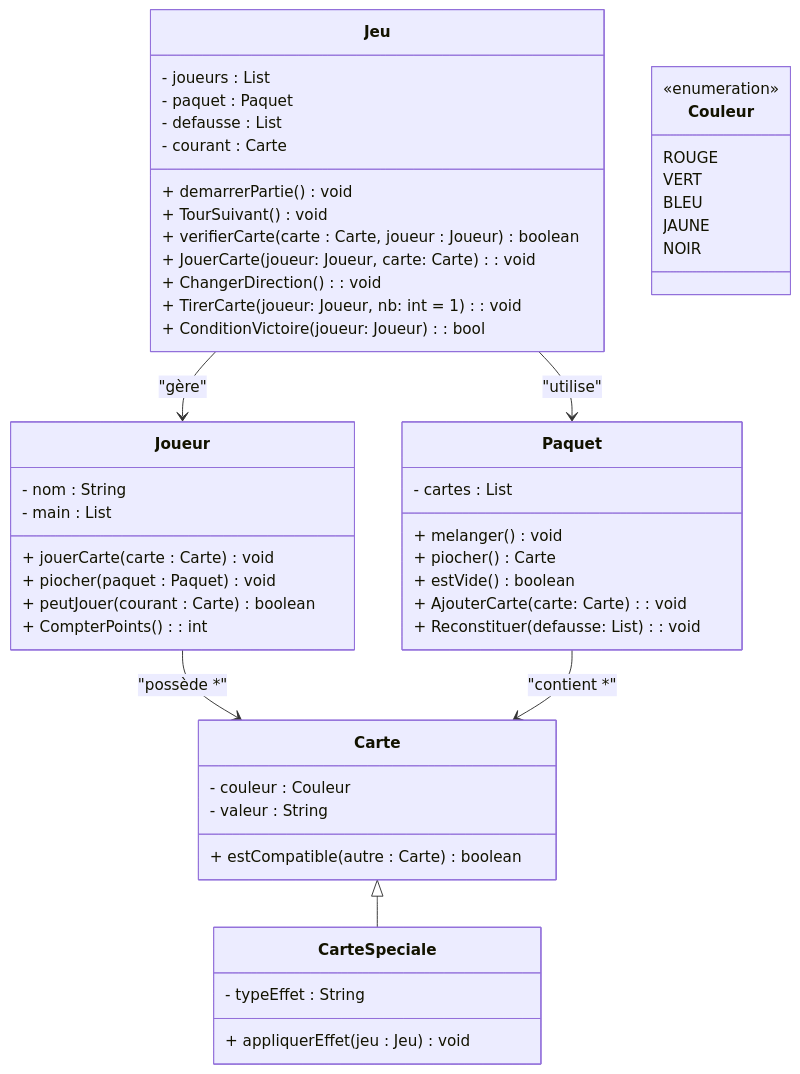
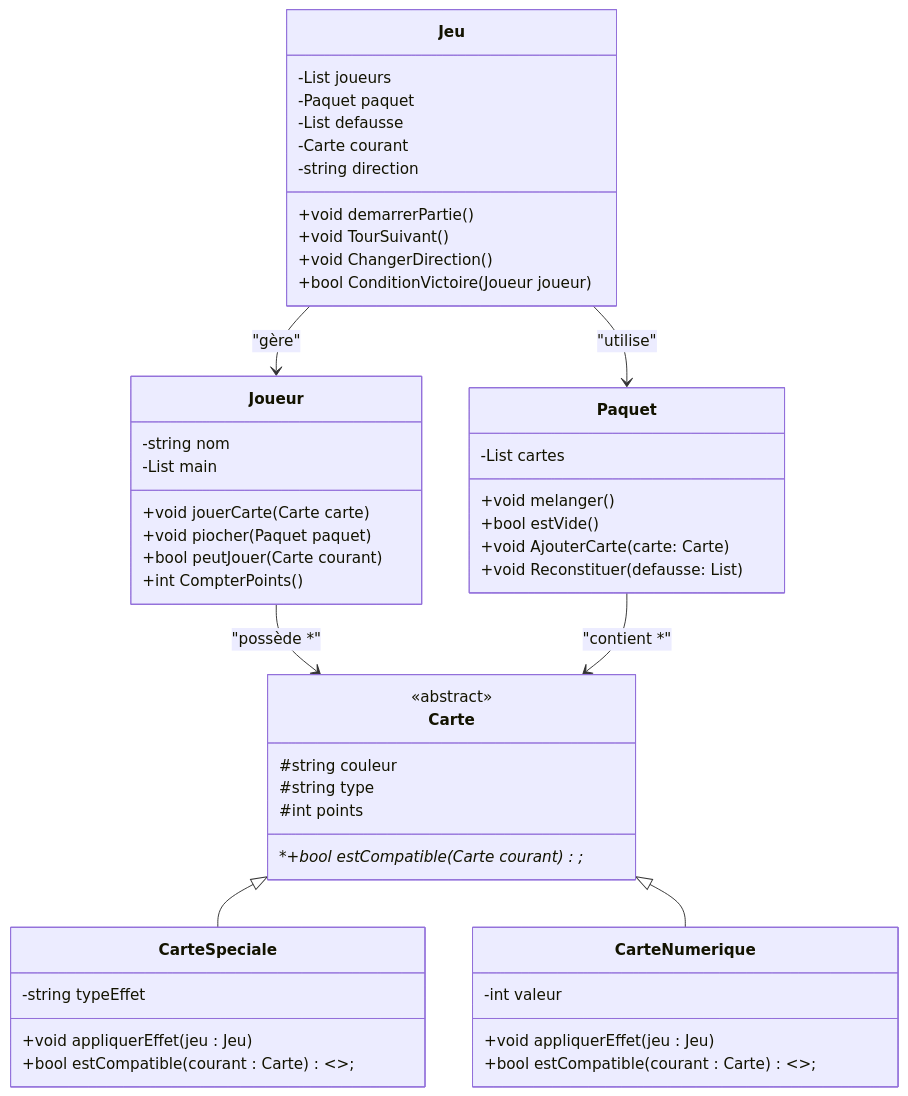
One commit to Lil-Code30/uno-game changed the diagram in README.md. Above: the diagram before and after it, drawn with Mermaid.

Commit message:
Update class diagram and enums in README
Refined the mermaid class diagram to clarify class attributes, methods, and inheritance for Jeu, Joueur, Paquet, Carte, CarteSpeciale, and added CarteNumerique. Expanded enum definitions for Couleur and clarified card types for better documentation and code alignment.

````diff
--- a/README.md
+++ b/README.md
@@ -26,60 +26,64 @@
 ```mermaid
 classDiagram
     class Jeu {
-        - joueurs : List<Joueur>
-        - paquet : Paquet
-        - defausse : List<Carte>
-        - courant : Carte
-        + demarrerPartie() void
-        + TourSuivant() void
-        + verifierCarte(carte : Carte, joueur : Joueur) boolean
-        + JouerCarte(joueur: Joueur, carte: Carte): void
-        + ChangerDirection(): void
-        + TirerCarte(joueur: Joueur, nb: int = 1): void
-        + ConditionVictoire(joueur: Joueur): bool
+        -List<Joueur> joueurs
+        -Paquet paquet
+        -List<Carte> defausse
+        -Carte courant
+        -string direction
+
+        +void demarrerPartie() 
+        +void TourSuivant()
+        +void ChangerDirection()
+        +bool ConditionVictoire(Joueur joueur )
     }
 
     class Joueur {
-        - nom : String
-        - main : List<Carte>
-        + jouerCarte(carte : Carte) void
-        + piocher(paquet : Paquet) void
-        + peutJouer(courant : Carte) boolean
-        + CompterPoints(): int
+        -string nom 
+        -List<Carte> main 
+
+        +void jouerCarte(Carte carte) 
+        +void piocher(Paquet paquet) 
+        +bool peutJouer(Carte courant) 
+        +int CompterPoints()
     }
 
     class Paquet {
-        - cartes : List<Carte>
-        + melanger() void
-        + piocher() Carte
-        + estVide() boolean
-        + AjouterCarte(carte: Carte): void
-        + Reconstituer(defausse: List<Carte>): void
+        -List<Carte> cartes
+
+        +void melanger()
+        +bool estVide()
+        +void AjouterCarte(carte: Carte)
+        +void Reconstituer(defausse: List<Carte>)
     }
 
     class Carte {
-        - couleur : Couleur
-        - valeur : String
-        + estCompatible(autre : Carte) boolean
+        <<abstract>>
+        #string couleur 
+        #string type 
+        #int points 
+
+        *+bool estCompatible(Carte courant )*;
     }
 
     class CarteSpeciale {
-        - typeEffet : String
-        + appliquerEffet(jeu : Jeu) void
+        -string typeEffet
+
+        +void appliquerEffet(jeu : Jeu)
+        +bool estCompatible(courant : Carte) <<override>>;
     }
 
-    class Couleur {
-        <<enumeration>>
-        ROUGE
-        VERT
-        BLEU
-        JAUNE
-        NOIR
+    class CarteNumerique {
+        -int valeur
+
+        +void appliquerEffet(jeu : Jeu)
+        +bool estCompatible(courant : Carte) <<override>>;
     }
 
     Jeu --> Joueur : "gère"
     Jeu --> Paquet : "utilise"
     Joueur --> Carte : "possède *"
     Paquet --> Carte : "contient *"
     Carte <|-- CarteSpeciale
+    Carte <|-- CarteNumerique
 ```
````
